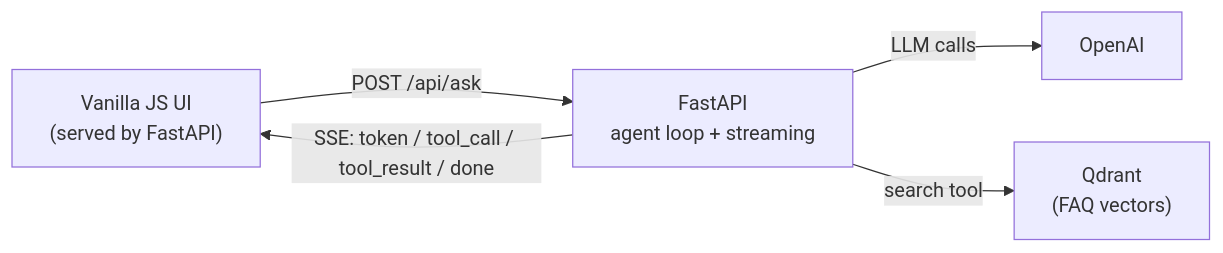
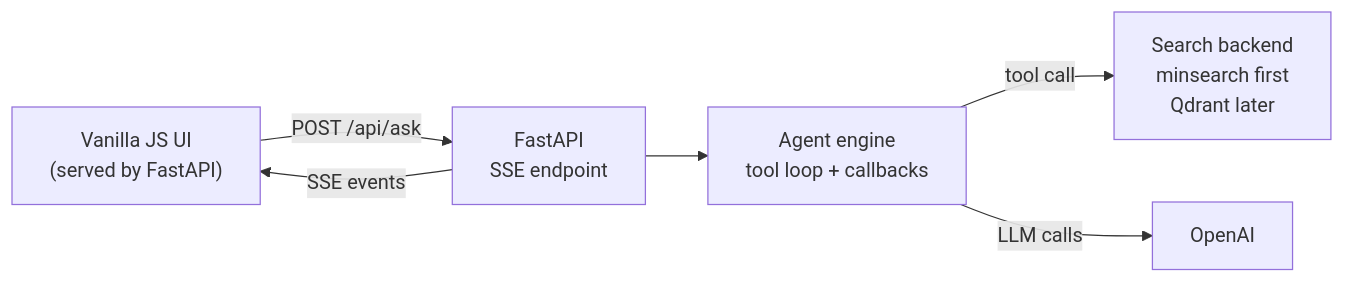
The diagram in agent-fastapi-vectordb/README.md (alexeygrigorev/workshops), drawn with Mermaid before and after one commit. The commit also changed other lines of this file and 11 other files, not shown here.

````diff
--- a/agent-fastapi-vectordb/README.md
+++ b/agent-fastapi-vectordb/README.md
@@ -27,12 +13,14 @@
 ```mermaid
 flowchart LR
     UI["Vanilla JS UI<br/>(served by FastAPI)"]
-    API["FastAPI<br/>agent loop + streaming"]
+    API["FastAPI<br/>SSE endpoint"]
+    ENGINE["Agent engine<br/>tool loop + callbacks"]
+    SEARCH["Search backend<br/>minsearch first<br/>Qdrant later"]
     OPENAI["OpenAI"]
-    QDRANT["Qdrant<br/>(FAQ vectors)"]
 
     UI -->|POST /api/ask| API
-    API -->|SSE: token / tool_call / tool_result / done| UI
-    API -->|LLM calls| OPENAI
-    API -->|search tool| QDRANT
+    API -->|SSE events| UI
+    API --> ENGINE
+    ENGINE -->|tool call| SEARCH
+    ENGINE -->|LLM calls| OPENAI
 ```
````
